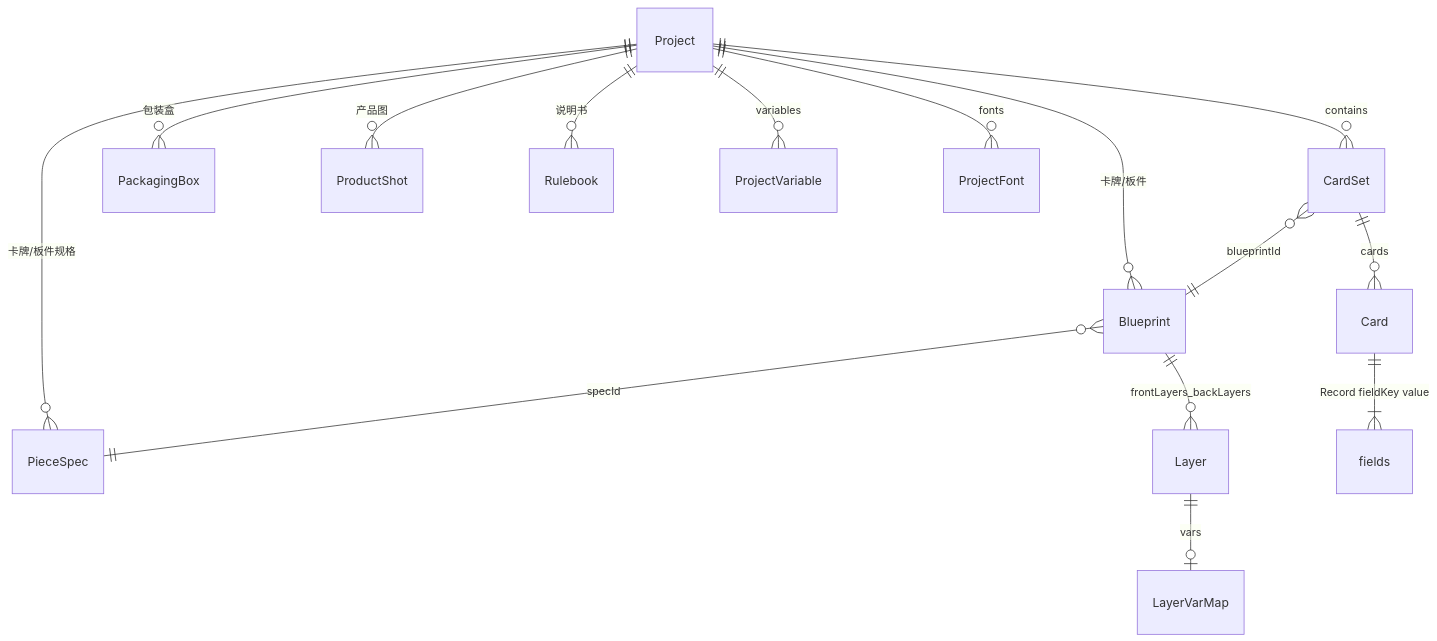
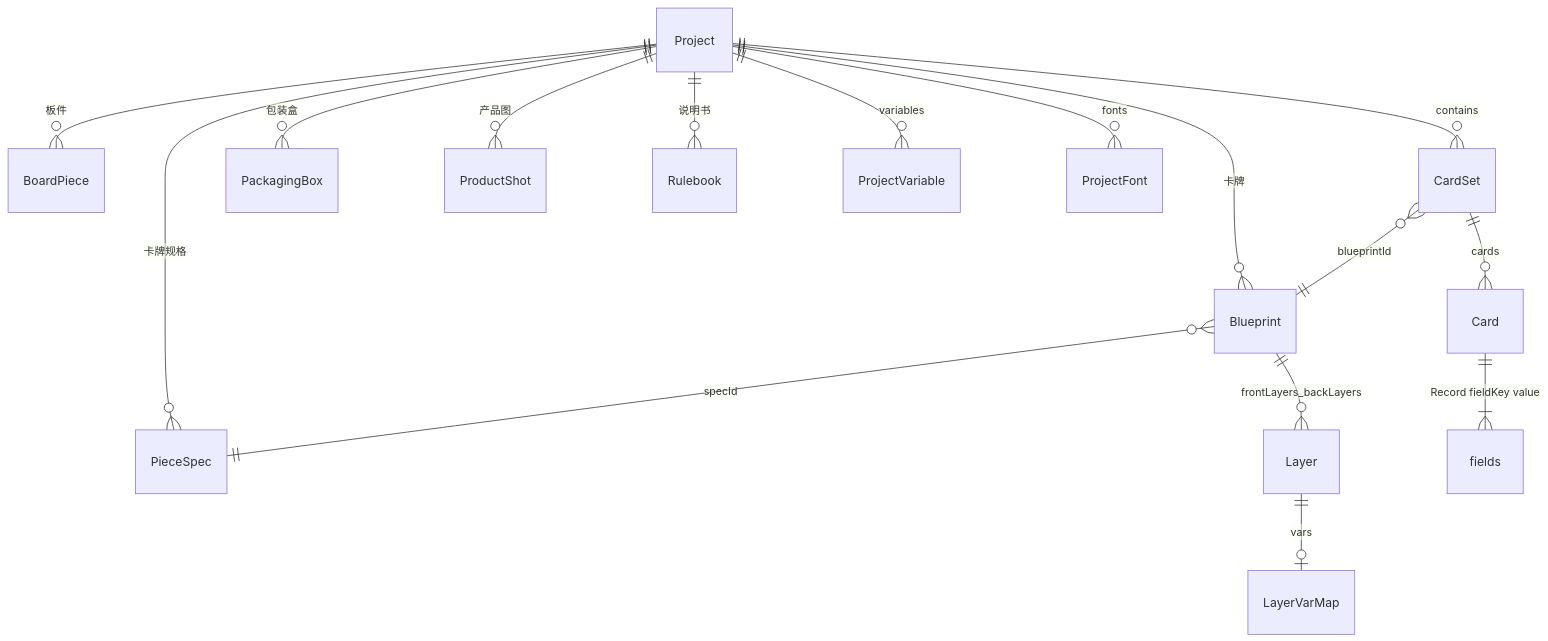
One commit to j410124383/TableTopMasterDesignDev changed the diagram in docs/data-model.md. Above: the diagram before and after it, drawn with Mermaid. The commit also changed other lines of this file and 75 other files, not shown here.

````diff
--- a/docs/data-model.md
+++ b/docs/data-model.md
@@ -14,17 +14,18 @@
 ```mermaid
 erDiagram
-  Project ||--o{ PieceSpec : "卡牌/板件规格"
-  Project ||--o{ Blueprint : "卡牌/板件"
+  Project ||--o{ PieceSpec : "卡牌规格"
+  Project ||--o{ Blueprint : "卡牌"
+  Project ||--o{ BoardPiece : "板件"
   Project ||--o{ CardSet : contains
   Project ||--o{ PackagingBox : "包装盒"
   Project ||--o{ ProductShot : "产品图"
   Project ||--o{ Rulebook : "说明书"
   Blueprint }o--|| PieceSpec : specId
   Blueprint ||--o{ Layer : frontLayers_backLayers
   CardSet }o--|| Blueprint : blueprintId
   CardSet ||--o{ Card : cards
   Card ||--|{ fields : "Record fieldKey value"
   Layer ||--o| LayerVarMap : vars
   Project ||--o{ ProjectVariable : variables
   Project ||--o{ ProjectFont : fonts
 ```
````
